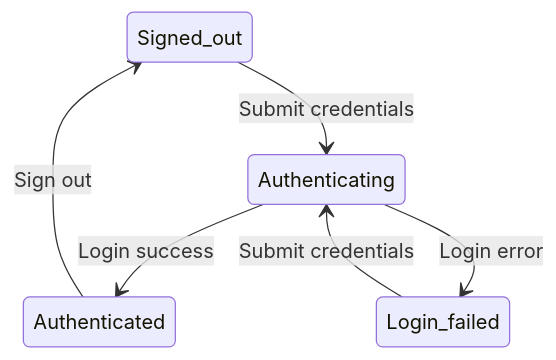
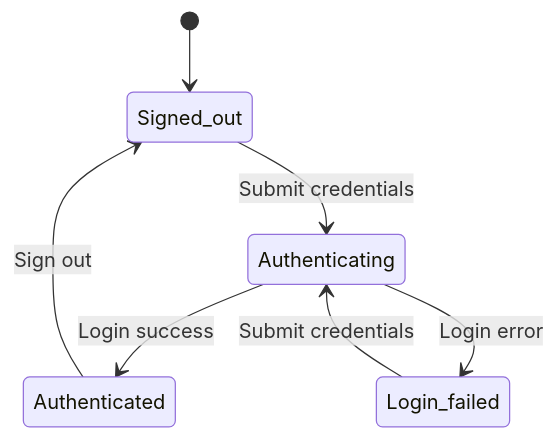
The diagram in docs/docs/concepts/state-machine.md (TheMineWay/statenet), drawn with Mermaid before and after one commit. The commit also changed 4 other files, not shown here.

````diff
--- a/docs/docs/concepts/state-machine.md
+++ b/docs/docs/concepts/state-machine.md
@@ -17,8 +17,9 @@
 ```mermaid
 stateDiagram-v2
+    [*] --> Signed_out
     Signed_out --> Authenticating: Submit credentials
     Authenticating --> Authenticated: Login success
     Authenticating --> Login_failed: Login error
     Login_failed --> Authenticating: Submit credentials
     Authenticated --> Signed_out: Sign out
 ```
````
